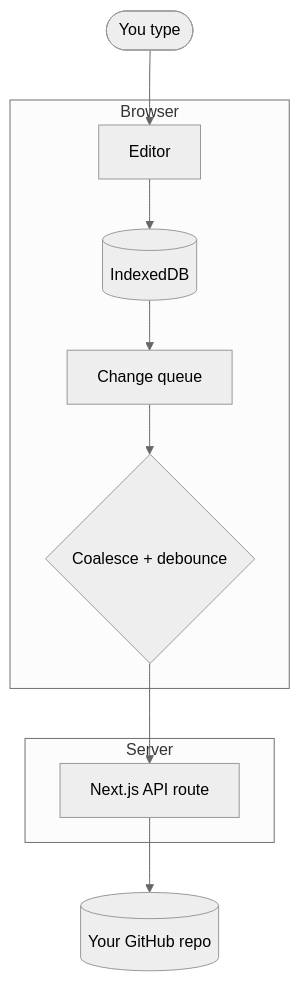
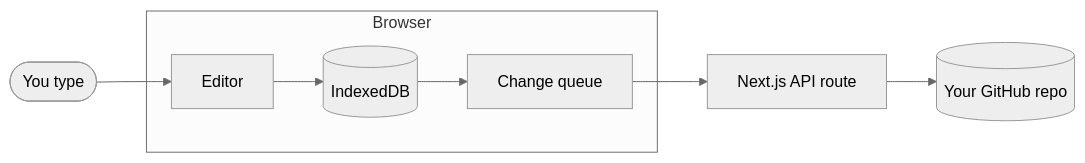
One commit to praneeth132006/ForkLeaf changed the diagram in README.md. Above: the diagram before and after it, drawn with Mermaid (neutral theme). The commit also changed other lines of this file and 23 other files, not shown here.

````diff
--- a/README.md
+++ b/README.md
@@ -344,20 +165,14 @@
 ```mermaid
-flowchart TD
-    User([You type]) --> Editor[Editor]
+flowchart LR
+    You([You type]) --> Editor
     Editor --> Store[(IndexedDB)]
     Store --> Queue[Change queue]
-    Queue --> Coalesce{Coalesce + debounce}
-    Coalesce --> API[Next.js API route]
+    Queue --> API[Next.js API route]
     API --> GH[(Your GitHub repo)]
 
     subgraph Browser
         Editor
         Store
         Queue
-        Coalesce
-    end
-
-    subgraph Server
-        API
     end
 ```
````
